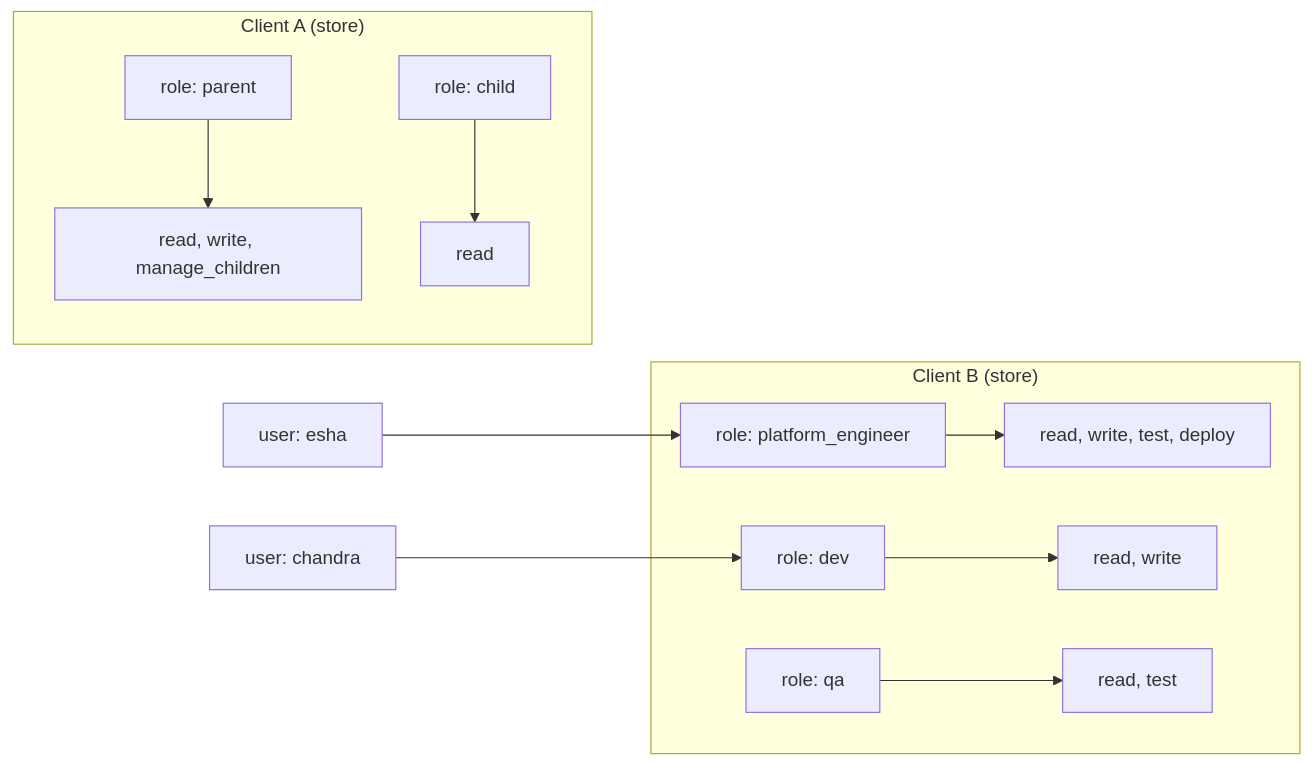
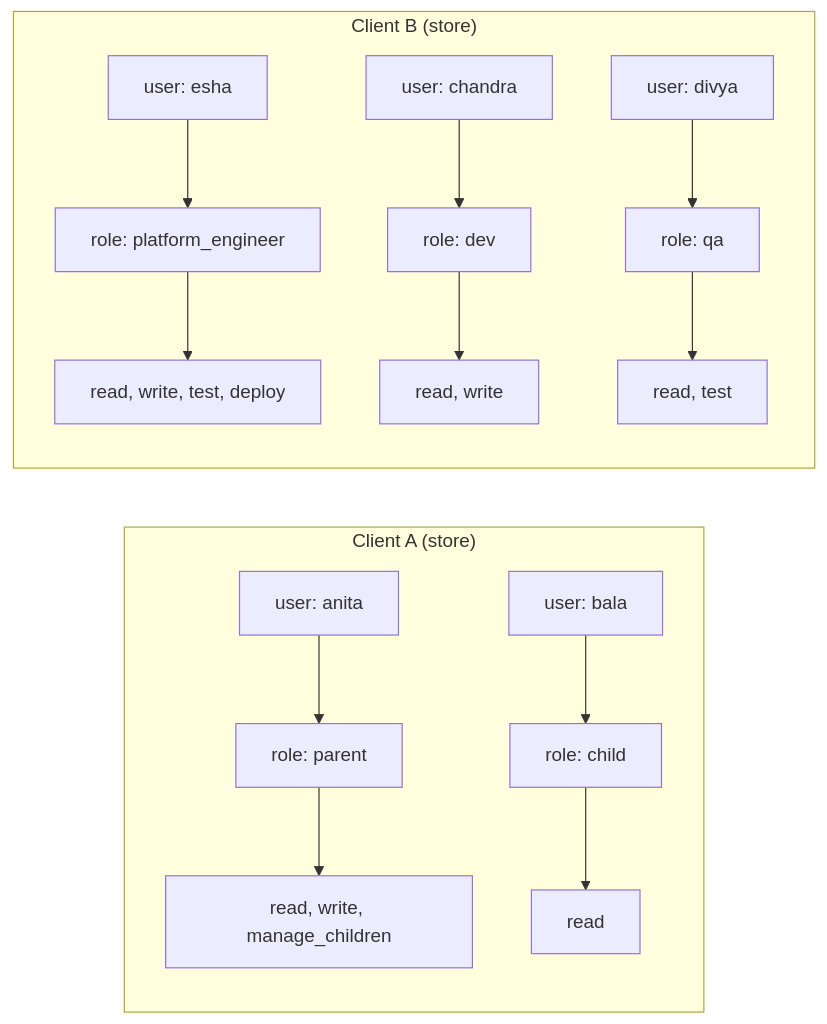
One commit to vteial/rbac-platform changed the third of 3 diagrams in docs/product/NARRATIVE.md. Above: the diagram before and after it, drawn with Mermaid. The commit also changed other lines of this file and 1 other file, not shown here.

````diff
--- a/docs/product/NARRATIVE.md
+++ b/docs/product/NARRATIVE.md
@@ -123,14 +123,17 @@
 ```mermaid
 flowchart LR
   subgraph CA["Client A (store)"]
-    RA1[role: parent] --> PA1[read, write, manage_children]
-    RA2[role: child] --> PA2[read]
+    anita[user: anita] --> RA1[role: parent]
+    bala[user: bala] --> RA2[role: child]
+    RA1 --> PA1[read, write, manage_children]
+    RA2 --> PA2[read]
   end
   subgraph CB["Client B (store)"]
-    RB1[role: platform_engineer] --> PB1[read, write, test, deploy]
-    RB2[role: dev] --> PB2[read, write]
-    RB3[role: qa] --> PB3[read, test]
+    esha[user: esha] --> RB1[role: platform_engineer]
+    chandra[user: chandra] --> RB2[role: dev]
+    divya[user: divya] --> RB3[role: qa]
+    RB1 --> PB1[read, write, test, deploy]
+    RB2 --> PB2[read, write]
+    RB3 --> PB3[read, test]
   end
-  esha[user: esha] --> RB1
-  chandra[user: chandra] --> RB2
 ```
````
